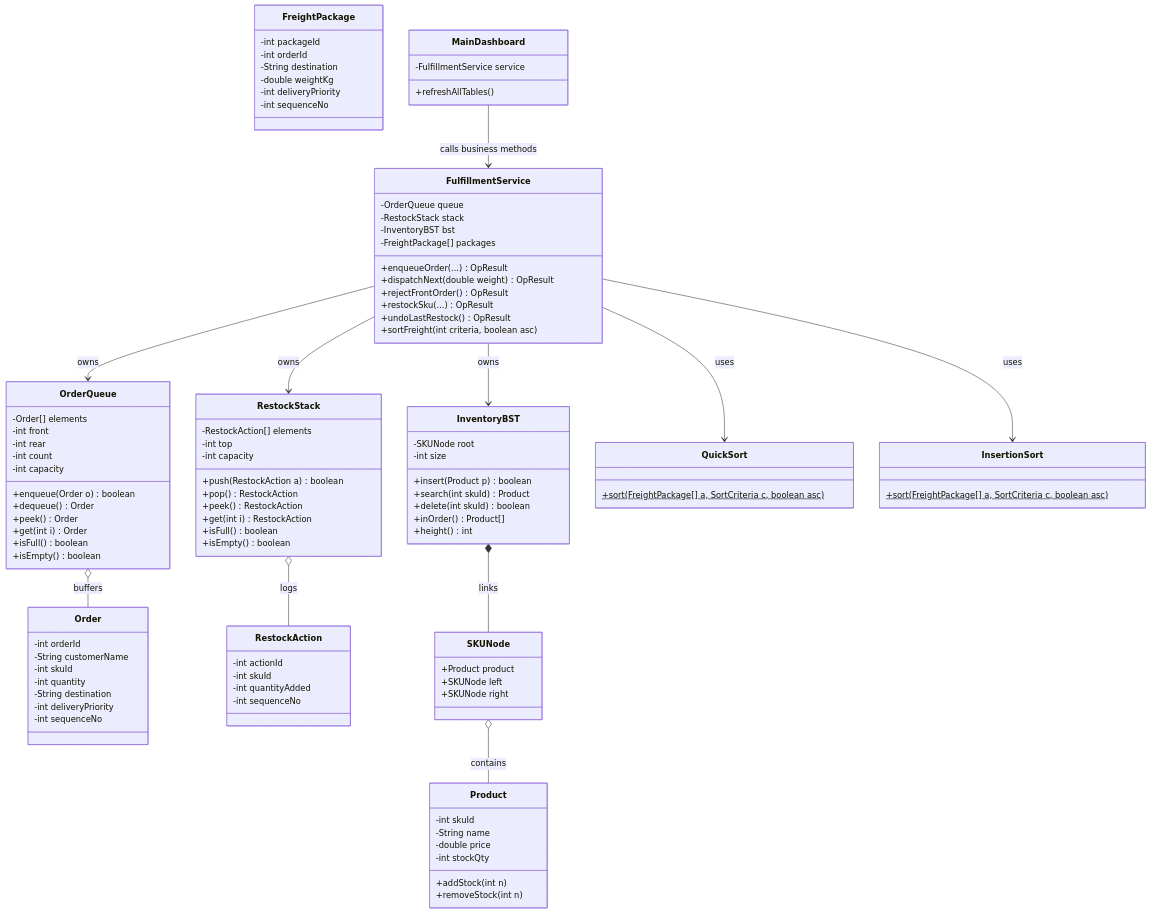
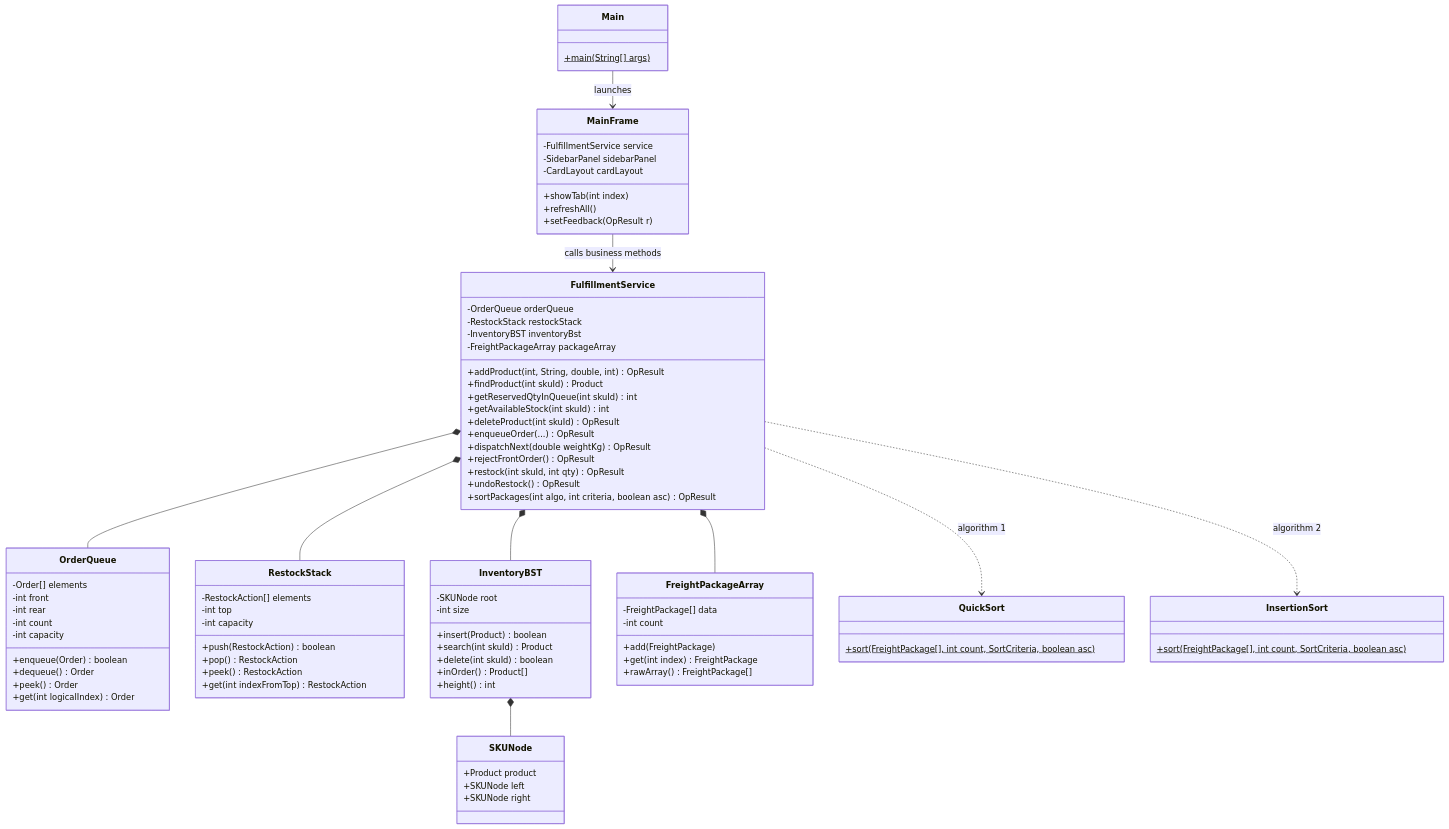
One commit to JeptahIldefonso/Group1_E-Commerce_Logistics-Hub changed the first of 6 diagrams in TECHNICAL_DOCUMENTATION.md. Above: the diagram before and after it, drawn with Mermaid. The commit also changed other lines of this file and 4 other files, not shown here.

Commit message:
docs: finalize plain-English technical guide, flowcharts, and PDF documentation

````diff
--- a/TECHNICAL_DOCUMENTATION.md
+++ b/TECHNICAL_DOCUMENTATION.md
@@ -178,118 +161,89 @@
 ```mermaid
 classDiagram
     direction TB
-
-    class Product {
-        -int skuId
-        -String name
-        -double price
-        -int stockQty
-        +addStock(int n)
-        +removeStock(int n)
+    class Main {
+        +main(String[] args)$
     }
-
-    class Order {
-        -int orderId
-        -String customerName
-        -int skuId
-        -int quantity
-        -String destination
-        -int deliveryPriority
-        -int sequenceNo
+    class MainFrame {
+        -FulfillmentService service
+        -SidebarPanel sidebarPanel
+        -CardLayout cardLayout
+        +showTab(int index)
+        +refreshAll()
+        +setFeedback(OpResult r)
     }
-
-    class RestockAction {
-        -int actionId
-        -int skuId
-        -int quantityAdded
-        -int sequenceNo
+    class FulfillmentService {
+        -OrderQueue orderQueue
+        -RestockStack restockStack
+        -InventoryBST inventoryBst
+        -FreightPackageArray packageArray
+        +addProduct(int, String, double, int) OpResult
+        +findProduct(int skuId) Product
+        +getReservedQtyInQueue(int skuId) int
+        +getAvailableStock(int skuId) int
+        +deleteProduct(int skuId) OpResult
+        +enqueueOrder(...) OpResult
+        +dispatchNext(double weightKg) OpResult
+        +rejectFrontOrder() OpResult
+        +restock(int skuId, int qty) OpResult
+        +undoRestock() OpResult
+        +sortPackages(int algo, int criteria, boolean asc) OpResult
     }
-
-    class FreightPackage {
-        -int packageId
-        -int orderId
-        -String destination
-        -double weightKg
-        -int deliveryPriority
-        -int sequenceNo
-    }
-
     class OrderQueue {
         -Order[] elements
         -int front
         -int rear
         -int count
         -int capacity
-        +enqueue(Order o) boolean
+        +enqueue(Order) boolean
         +dequeue() Order
         +peek() Order
-        +get(int i) Order
-        +isFull() boolean
-        +isEmpty() boolean
+        +get(int logicalIndex) Order
     }
-
     class RestockStack {
         -RestockAction[] elements
         -int top
         -int capacity
-        +push(RestockAction a) boolean
+        +push(RestockAction) boolean
         +pop() RestockAction
         +peek() RestockAction
-        +get(int i) RestockAction
-        +isFull() boolean
-        +isEmpty() boolean
+        +get(int indexFromTop) RestockAction
     }
-
+    class InventoryBST {
+        -SKUNode root
+        -int size
+        +insert(Product) boolean
+        +search(int skuId) Product
+        +delete(int skuId) boolean
+        +inOrder() Product[]
+        +height() int
+    }
     class SKUNode {
         +Product product
         +SKUNode left
         +SKUNode right
     }
-
-    class InventoryBST {
-        -SKUNode root
-        -int size
-        +insert(Product p) boolean
-        +search(int skuId) Product
-        +delete(int skuId) boolean
-        +inOrder() Product[]
-        +height() int
+    class FreightPackageArray {
+        -FreightPackage[] data
+        -int count
+        +add(FreightPackage)
+        +get(int index) FreightPackage
+        +rawArray() FreightPackage[]
+    }
+    class QuickSort {
+        +sort(FreightPackage[], int count, SortCriteria, boolean asc)$
+    }
+    class InsertionSort {
+        +sort(FreightPackage[], int count, SortCriteria, boolean asc)$
     }
 
-    class QuickSort {
-        +sort(FreightPackage[] a, SortCriteria c, boolean asc)$
-    }
-
-    class InsertionSort {
-        +sort(FreightPackage[] a, SortCriteria c, boolean asc)$
-    }
-
-    class FulfillmentService {
-        -OrderQueue queue
-        -RestockStack stack
-        -InventoryBST bst
-        -FreightPackage[] packages
-        +enqueueOrder(...) OpResult
-        +dispatchNext(double weight) OpResult
-        +rejectFrontOrder() OpResult
-        +restockSku(...) OpResult
-        +undoLastRestock() OpResult
-        +sortFreight(int criteria, boolean asc)
-    }
-
-    class MainDashboard {
-        -FulfillmentService service
-        +refreshAllTables()
-    }
-
-    MainDashboard --> FulfillmentService : calls business methods
-    FulfillmentService --> OrderQueue : owns
-    FulfillmentService --> RestockStack : owns
-    FulfillmentService --> InventoryBST : owns
-    FulfillmentService --> QuickSort : uses
-    FulfillmentService --> InsertionSort : uses
-    InventoryBST *-- SKUNode : links
-    SKUNode o-- Product : contains
-    OrderQueue o-- Order : buffers
-    RestockStack o-- RestockAction : logs
+    Main --> MainFrame : launches
+    MainFrame --> FulfillmentService : calls business methods
+    FulfillmentService *-- OrderQueue
+    FulfillmentService *-- RestockStack
+    FulfillmentService *-- InventoryBST
+    FulfillmentService *-- FreightPackageArray
+    FulfillmentService ..> QuickSort : algorithm 1
+    FulfillmentService ..> InsertionSort : algorithm 2
+    InventoryBST *-- SKUNode
 ```
````
